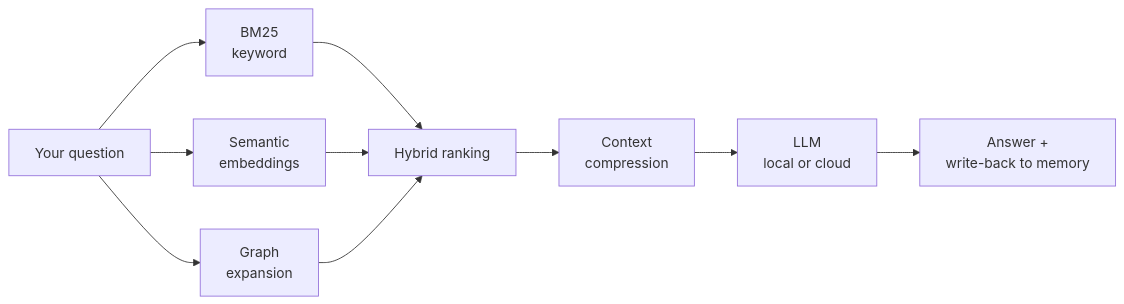
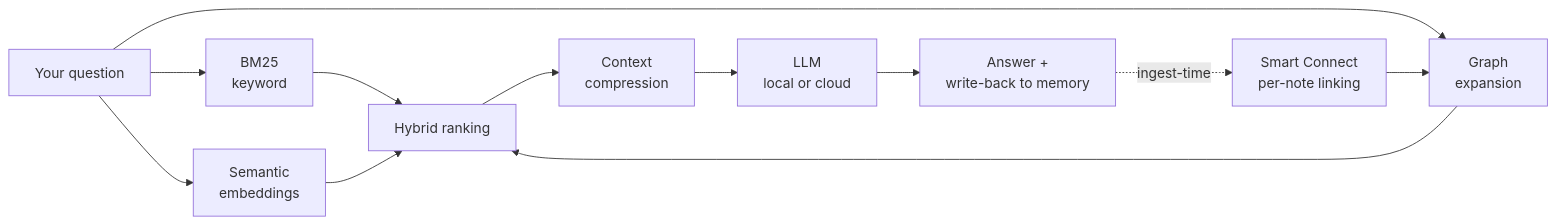
The diagram in README.md (Szesnasty/Jarvis), drawn with Mermaid before and after one commit. The commit also changed other lines of this file and 2 other files, not shown here.

First line of the commit message:
docs(step-25): note shipped/deferred status; surface smart connect in README

````diff
--- a/README.md
+++ b/README.md
@@ -102,12 +102,14 @@
 ```mermaid
 flowchart LR
     Q[Your question] --> BM25[BM25<br/>keyword]
     Q --> SEM[Semantic<br/>embeddings]
     Q --> GRAPH[Graph<br/>expansion]
     BM25 --> RANK[Hybrid ranking]
     SEM --> RANK
     GRAPH --> RANK
     RANK --> COMP[Context<br/>compression]
     COMP --> MODEL[LLM<br/>local or cloud]
     MODEL --> OUT[Answer +<br/>write-back to memory]
+    OUT -. ingest-time .-> CONNECT[Smart Connect<br/>per-note linking]
+    CONNECT --> GRAPH
 ```
````
